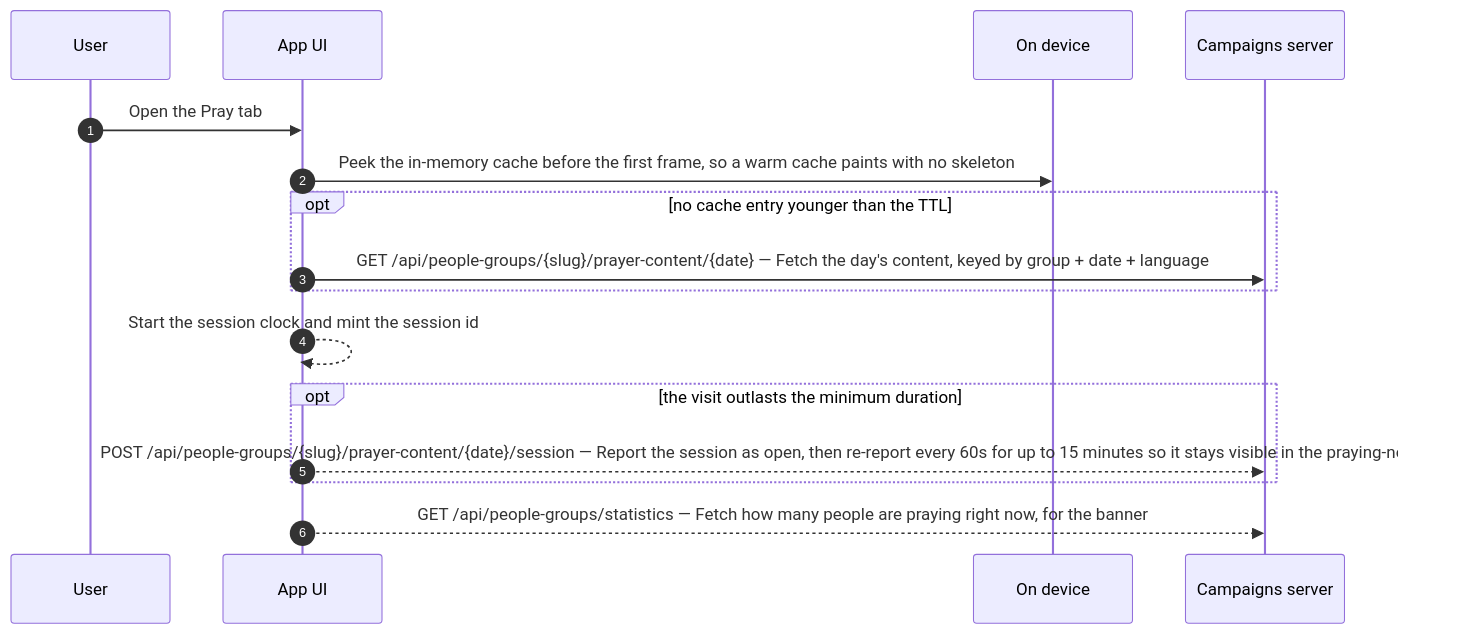
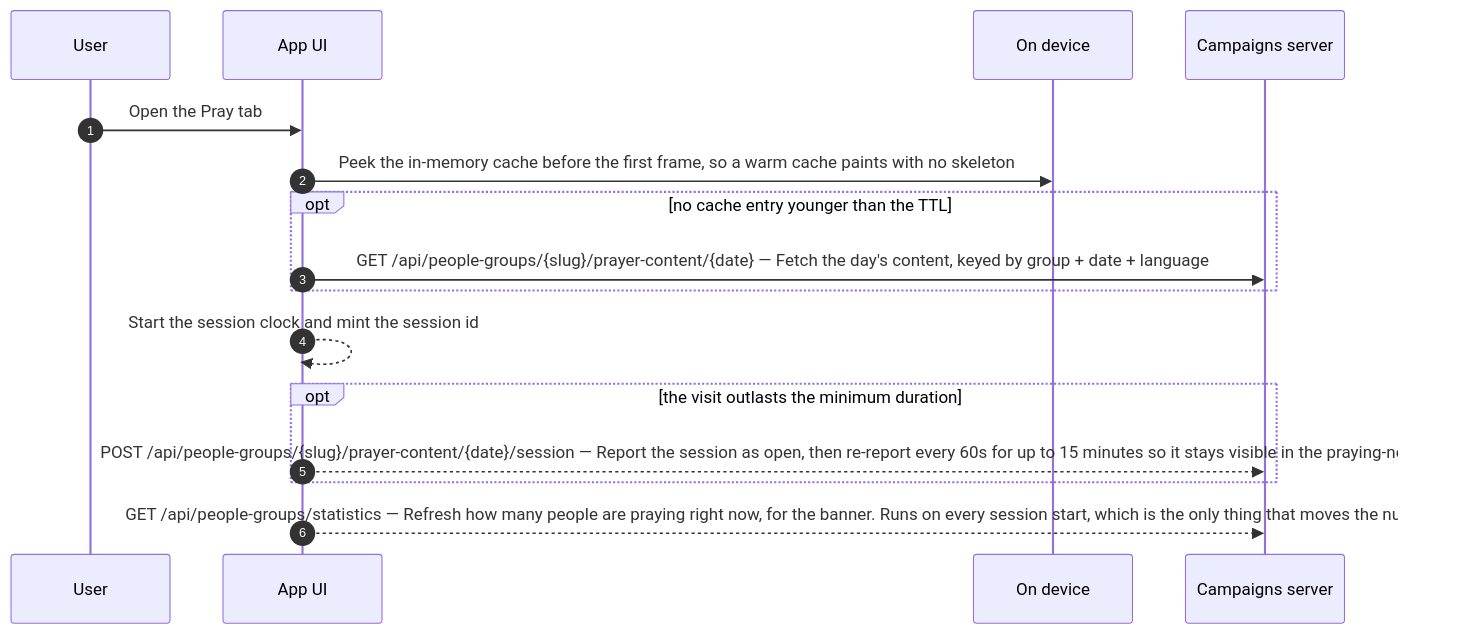
The ninth of 25 diagrams in docs/architecture/actions.md (doxa-life/doxa-prayer-mobile-app), drawn with Mermaid before and after one commit. The commit also changed other lines of this file and 6 other files, not shown here.

Commit message:
fix: praying with you number updates on hitting the pray page

````diff
--- a/docs/architecture/actions.md
+++ b/docs/architecture/actions.md
@@ -308,18 +308,18 @@
 ```mermaid
 sequenceDiagram
     autonumber
     participant U as User
     participant UI as App UI
     participant L as On device
     participant S as Campaigns server
     U->>UI: Open the Pray tab
     UI->>L: Peek the in-memory cache before the first frame, so a warm cache paints with no skeleton
     opt no cache entry younger than the TTL
         UI->>S: GET /api/people-groups/{slug}/prayer-content/{date} — Fetch the day's content, keyed by group + date + language
     end
     UI-->>UI: Start the session clock and mint the session id
     opt the visit outlasts the minimum duration
         UI-->>S: POST /api/people-groups/{slug}/prayer-content/{date}/session — Report the session as open, then re-report every 60s for up to 15 minutes so it stays visible in the praying-now count
     end
-    UI-->>S: GET /api/people-groups/statistics — Fetch how many people are praying right now, for the banner
+    UI-->>S: GET /api/people-groups/statistics — Refresh how many people are praying right now, for the banner. Runs on every session start, which is the only thing that moves the number
 ```
````
